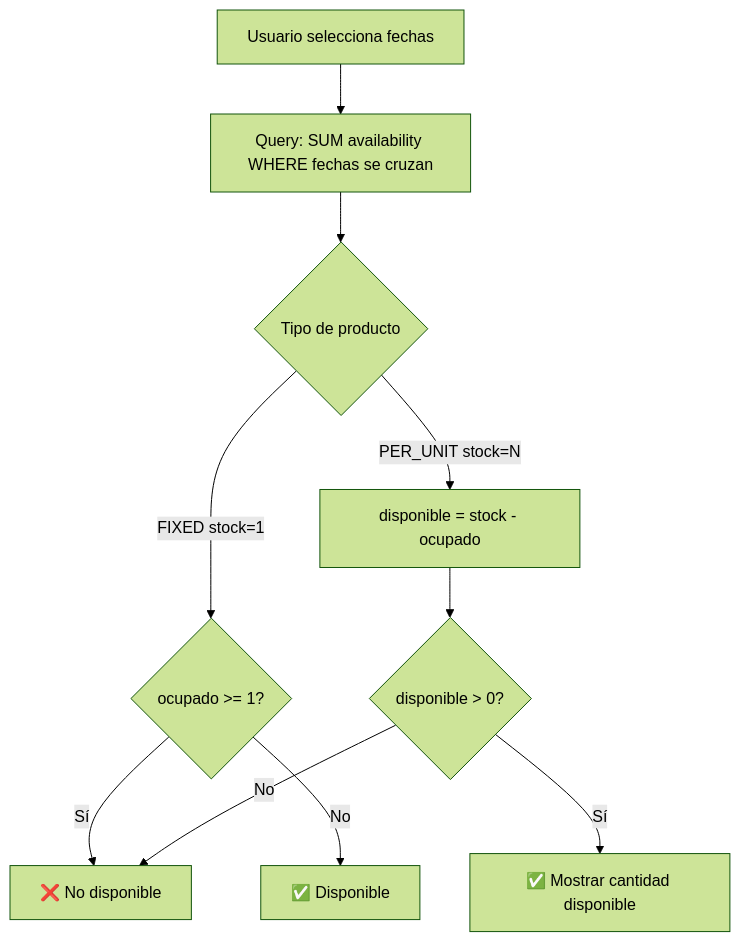
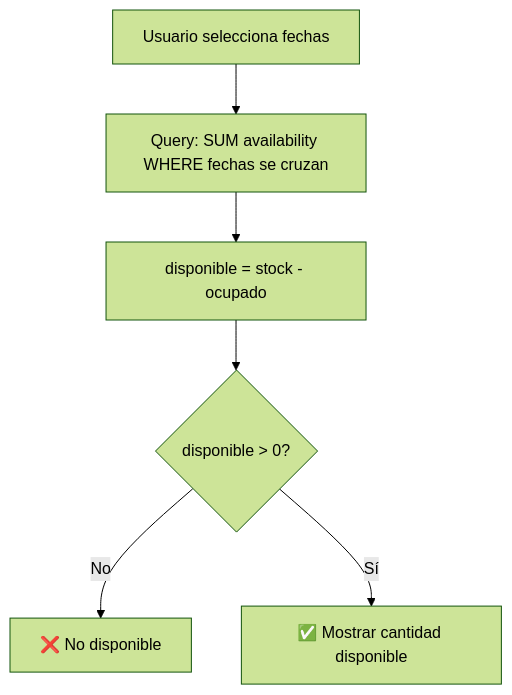
Before and after one commit to arturoxdev/ecomerce: the second of 5 diagrams in docs/flows.md, drawn with Mermaid (forest theme). The commit also changed other lines of this file and 58 other files, not shown here.

````diff
--- a/docs/flows.md
+++ b/docs/flows.md
@@ -56,12 +56,8 @@
 ```mermaid
 flowchart TD
     A[Usuario selecciona fechas] --> B[Query: SUM availability WHERE fechas se cruzan]
-    B --> C{Tipo de producto}
-    C -->|FIXED stock=1| D{ocupado >= 1?}
-    C -->|PER_UNIT stock=N| E[disponible = stock - ocupado]
-    D -->|Sí| F[❌ No disponible]
-    D -->|No| G[✅ Disponible]
+    B --> E[disponible = stock - ocupado]
     E --> H{disponible > 0?}
-    H -->|No| F
+    H -->|No| F[❌ No disponible]
     H -->|Sí| I[✅ Mostrar cantidad disponible]
 ```
````
